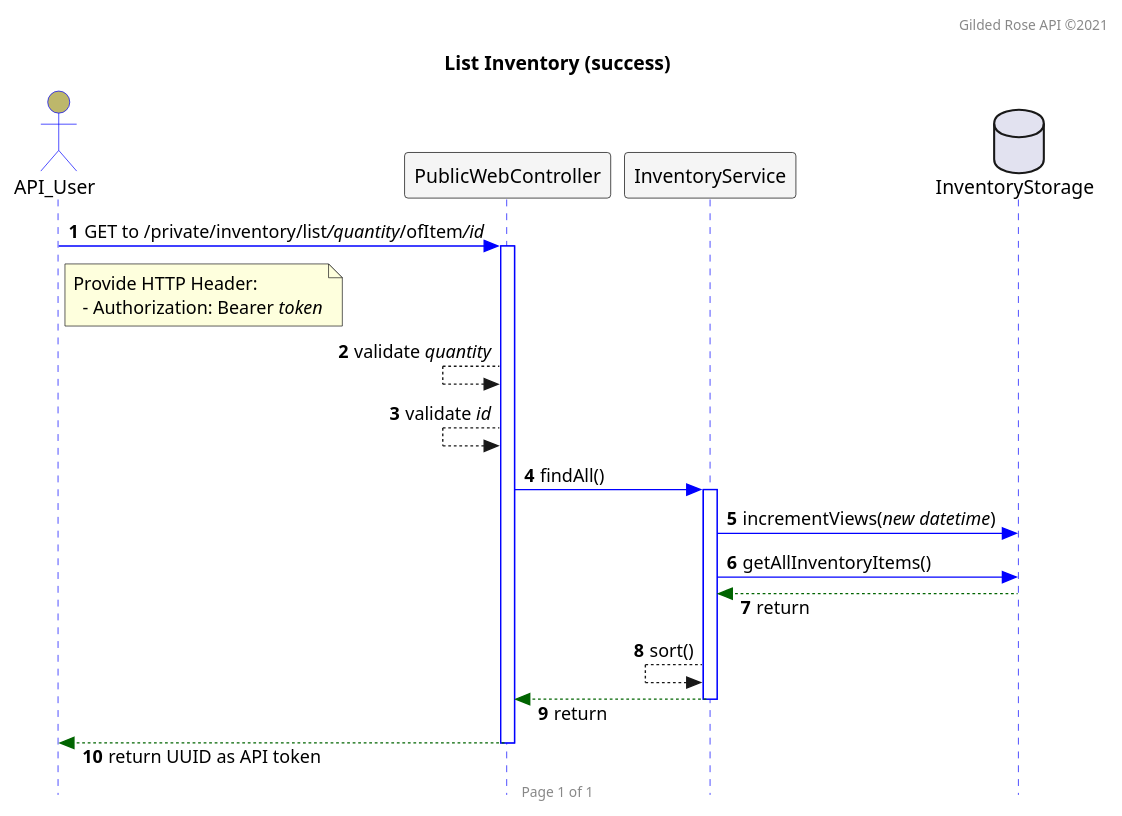
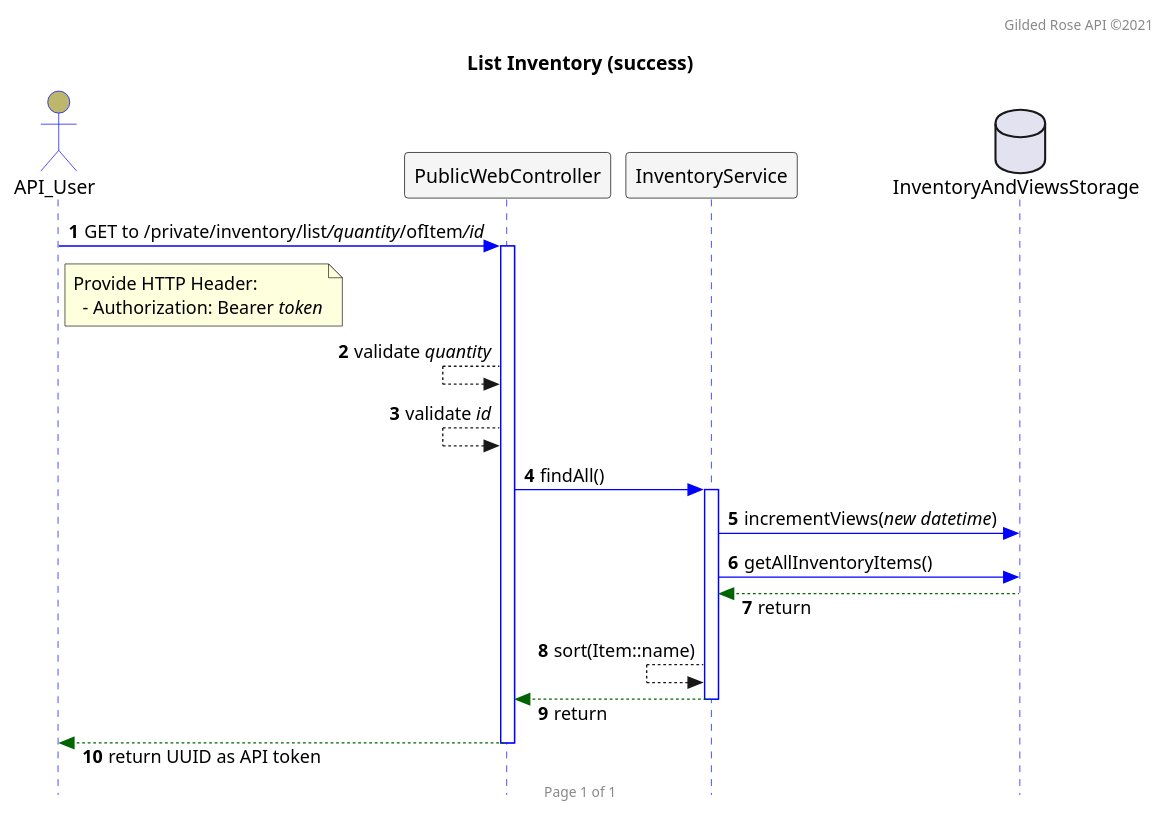
One commit to bladewheels/GildedRoseAPI changed the diagram in src/main/resources/seq.list.puml. Above: the diagram before and after it, drawn with PlantUML.

```diff
--- a/src/main/resources/seq.list.puml
+++ b/src/main/resources/seq.list.puml
@@ -1,46 +1,46 @@
 @startuml
 
 autonumber
 header Gilded Rose API ©2021
 footer Page 1 of 1
 hide footbox
 
 skinparam responseMessageBelowArrow true
 skinparam sequence {
   ActorBackgroundColor DarkKhaki
   ActorBorderColor Blue
   DatabaseBackgroundColor Gray
   DatabaseBorderColor Black
   LifeLineBorderColor Blue
   ParticipantBackgroundColor WhiteSmoke
   ParticipantBorderColor Black
 }
 skinparam style strictuml
 
 title List Inventory (success)
 
 actor API_User
 participant PublicWebController
 participant InventoryService
-database InventoryStorage
+database InventoryAndViewsStorage
 
 API_User -[#0000FF]> PublicWebController : GET to /private/inventory/list///quantity///ofItem///id//
 note right of API_User
  Provide HTTP Header:
    - Authorization: Bearer //token//
 end note
 activate PublicWebController
 PublicWebController <-- PublicWebController : validate //quantity//
 PublicWebController <-- PublicWebController : validate //id//
 PublicWebController -[#0000FF]> InventoryService : findAll()
 activate InventoryService
-InventoryService -[#0000FF]> InventoryStorage : incrementViews(//new datetime//)
-InventoryService -[#0000FF]> InventoryStorage : getAllInventoryItems()
-InventoryService <[#DarkGreen]-- InventoryStorage : return
-InventoryService <-- InventoryService : sort()
+InventoryService -[#0000FF]> InventoryAndViewsStorage : incrementViews(//new datetime//)
+InventoryService -[#0000FF]> InventoryAndViewsStorage : getAllInventoryItems()
+InventoryService <[#DarkGreen]-- InventoryAndViewsStorage : return
+InventoryService <-- InventoryService : sort(Item::name)
 PublicWebController <[#DarkGreen]-- InventoryService : return
 deactivate InventoryService
 API_User <[#DarkGreen]-- PublicWebController : return UUID as API token
 deactivate PublicWebController
 
 @enduml
```
